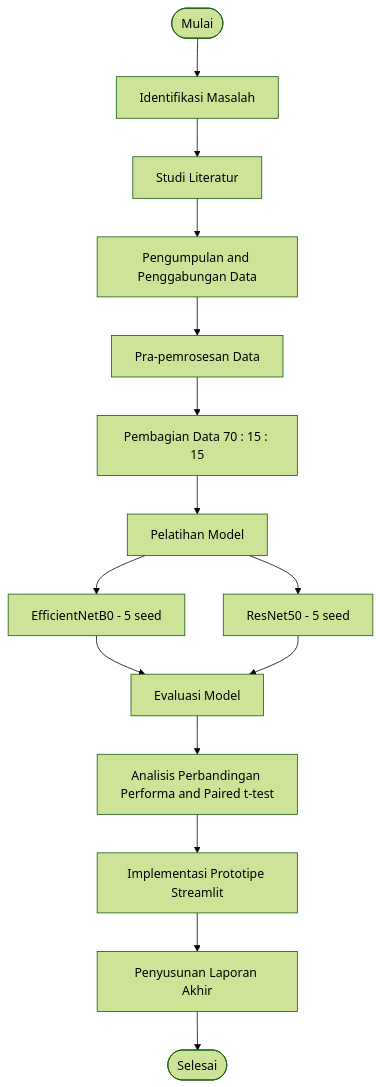
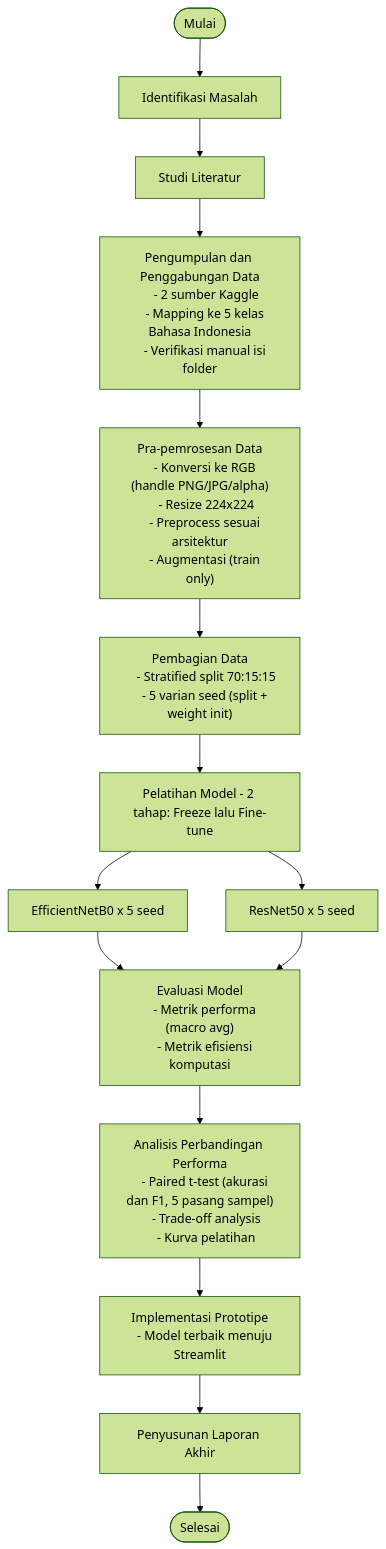
One commit to milalestari/TUGAS-AKHIR changed the diagram in doc/main-documentation.md. Above: the diagram before and after it, drawn with Mermaid (forest theme). The commit also changed other lines of this file and 2715 other files, not shown here.

````diff
--- a/doc/main-documentation.md
+++ b/doc/main-documentation.md
@@ -65,17 +50,32 @@
 ```mermaid
 flowchart TD
     A([Mulai]) --> B[Identifikasi Masalah]
     B --> C[Studi Literatur]
-    C --> D[Pengumpulan and Penggabungan Data]
-    D --> E[Pra-pemrosesan Data]
-    E --> F[Pembagian Data 70 : 15 : 15]
-    F --> G[Pelatihan Model]
-    G --> H[EfficientNetB0 - 5 seed]
-    G --> I[ResNet50 - 5 seed]
-    H --> J[Evaluasi Model]
+    C --> D["Pengumpulan dan Penggabungan Data
+    - 2 sumber Kaggle
+    - Mapping ke 5 kelas Bahasa Indonesia
+    - Verifikasi manual isi folder"]
+    D --> E["Pra-pemrosesan Data
+    - Konversi ke RGB (handle PNG/JPG/alpha)
+    - Resize 224x224
+    - Preprocess sesuai arsitektur
+    - Augmentasi (train only)"]
+    E --> F["Pembagian Data
+    - Stratified split 70:15:15
+    - 5 varian seed (split + weight init)"]
+    F --> G[Pelatihan Model - 2 tahap: Freeze lalu Fine-tune]
+    G --> H[EfficientNetB0 x 5 seed]
+    G --> I[ResNet50 x 5 seed]
+    H --> J["Evaluasi Model
+    - Metrik performa (macro avg)
+    - Metrik efisiensi komputasi"]
     I --> J
-    J --> K[Analisis Perbandingan Performa and Paired t-test]
-    K --> L[Implementasi Prototipe Streamlit]
+    J --> K["Analisis Perbandingan Performa
+    - Paired t-test (akurasi dan F1, 5 pasang sampel)
+    - Trade-off analysis
+    - Kurva pelatihan"]
+    K --> L["Implementasi Prototipe
+    - Model terbaik menuju Streamlit"]
     L --> M[Penyusunan Laporan Akhir]
     M --> N([Selesai])
 ```
````
